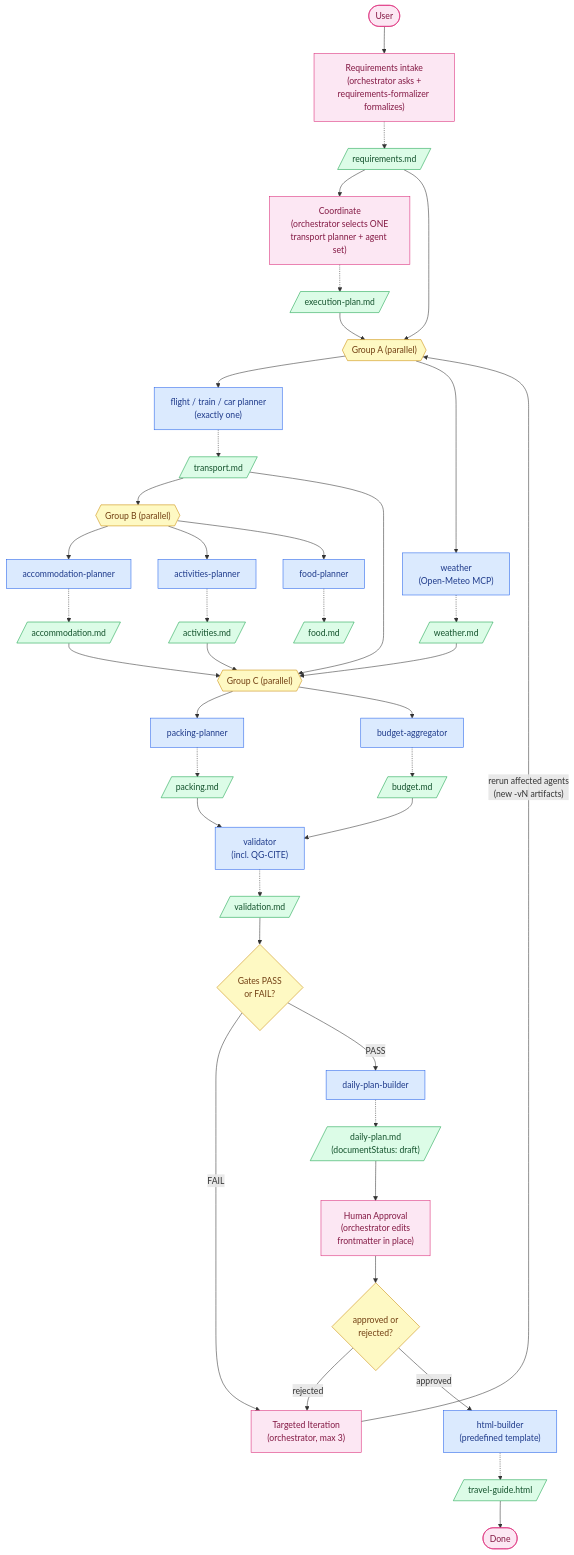
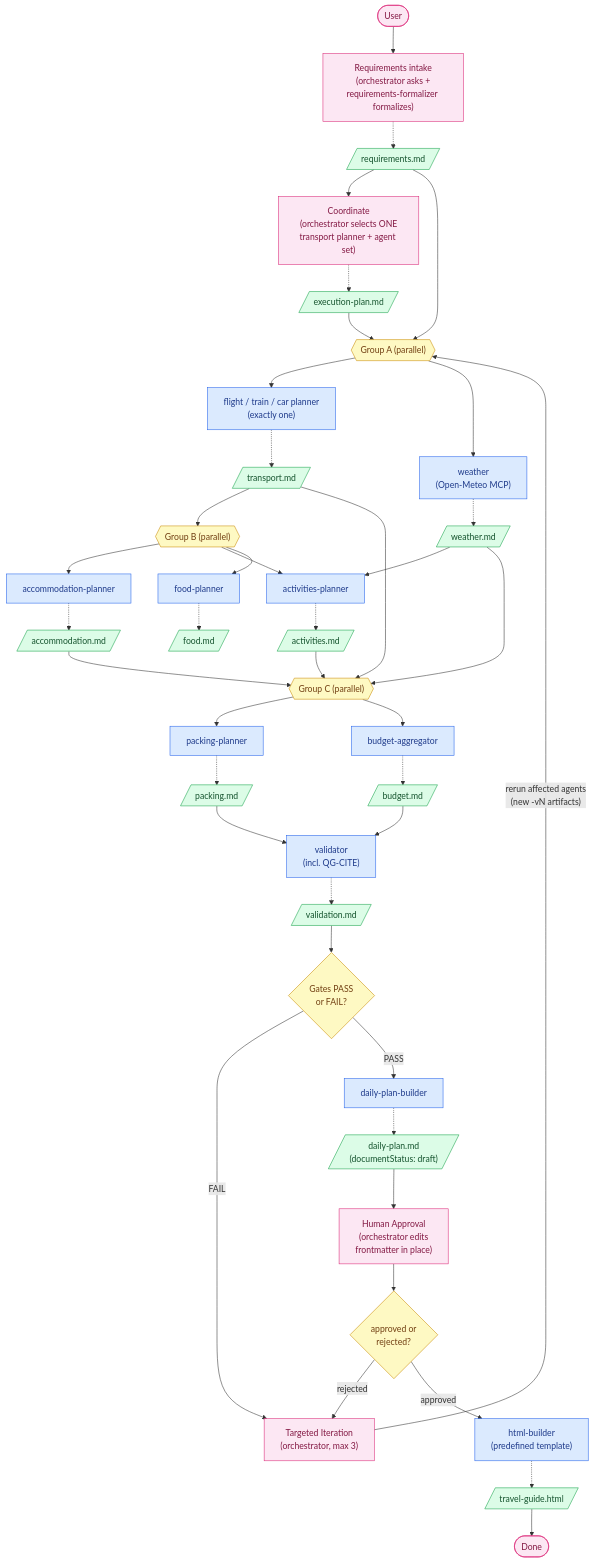
The diagram in docs/ai-travel-planner.md (mbarycheuski/ai-travel-planner), drawn with Mermaid before and after one commit. The commit also changed other lines of this file and 21 other files, not shown here.

````diff
--- a/docs/ai-travel-planner.md
+++ b/docs/ai-travel-planner.md
@@ -111,62 +109,63 @@
 ```mermaid
 flowchart TD
     User([User])
 
     User --> ReqA["Requirements intake<br/>(orchestrator asks +<br/>requirements-formalizer formalizes)"]
     ReqA -.-> req[/"requirements.md"/]
 
     req --> Coord["Coordinate<br/>(orchestrator selects ONE<br/>transport planner + agent set)"]
     Coord -.-> plan[/"execution-plan.md"/]
 
     plan --> ForkA{{"Group A (parallel)"}}
     req --> ForkA
     ForkA --> TransA["flight / train / car planner<br/>(exactly one)"]
     ForkA --> WeatherA["weather<br/>(Open-Meteo MCP)"]
     TransA -.-> transport[/"transport.md"/]
     WeatherA -.-> weather[/"weather.md"/]
 
     transport --> ForkB{{"Group B (parallel)"}}
+    weather --> ActA
     ForkB --> AccA["accommodation-planner"]
     ForkB --> ActA["activities-planner"]
     ForkB --> FoodA["food-planner"]
     AccA -.-> accommodation[/"accommodation.md"/]
     ActA -.-> activities[/"activities.md"/]
     FoodA -.-> food[/"food.md"/]
 
     accommodation --> ForkC{{"Group C (parallel)"}}
     activities --> ForkC
     weather --> ForkC
     transport --> ForkC
     ForkC --> PackA["packing-planner"]
     ForkC --> BudA["budget-aggregator"]
     PackA -.-> packing[/"packing.md"/]
     BudA -.-> budget[/"budget.md"/]
 
     budget --> ValA["validator<br/>(incl. QG-CITE)"]
     packing --> ValA
     ValA -.-> validation[/"validation.md"/]
     validation --> Gate{"Gates PASS<br/>or FAIL?"}
 
     Gate -->|FAIL| Iter["Targeted Iteration<br/>(orchestrator, max 3)"]
     Iter -->|"rerun affected agents<br/>(new -vN artifacts)"| ForkA
 
     Gate -->|PASS| FinalA["daily-plan-builder"]
     FinalA -.-> final[/"daily-plan.md<br/>(documentStatus: draft)"/]
 
     final --> ApprA["Human Approval<br/>(orchestrator edits<br/>frontmatter in place)"]
     ApprA --> ApprGate{"approved or<br/>rejected?"}
     ApprGate -->|rejected| Iter
     ApprGate -->|approved| HtmlA["html-builder<br/>(predefined template)"]
     HtmlA -.-> html[/"travel-guide.html"/]
     html --> Done([Done])
 
     classDef agent fill:#dbeafe,stroke:#2563eb,color:#1e3a8a;
     classDef artifact fill:#dcfce7,stroke:#16a34a,color:#14532d;
     classDef gate fill:#fef9c3,stroke:#ca8a04,color:#713f12;
     classDef human fill:#fce7f3,stroke:#db2777,color:#831843;
 
     class TransA,WeatherA,PackA,AccA,ActA,FoodA,BudA,ValA,FinalA,HtmlA agent;
     class req,plan,transport,weather,packing,accommodation,activities,food,budget,validation,final,html artifact;
     class Gate,ApprGate,ForkA,ForkB,ForkC gate;
     class User,ReqA,Coord,Iter,ApprA,Done human;
 ```
````
